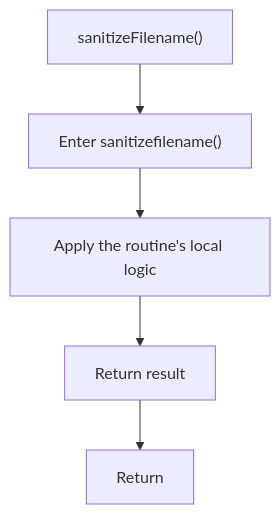
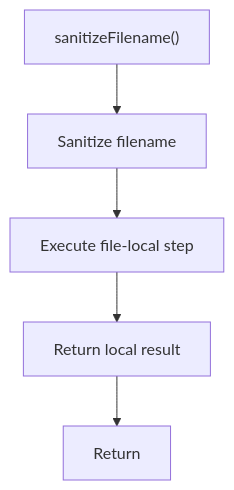
One commit to JohnAndrewBalbarosa/NeoTerritory changed the second of 3 diagrams in docs/Codebase/Backend/src/utils/fileUtils.js.md. Above: the diagram before and after it, drawn with Mermaid. The commit also changed other lines of this file and 925 other files, not shown here.

````diff
--- a/docs/Codebase/Backend/src/utils/fileUtils.js.md
+++ b/docs/Codebase/Backend/src/utils/fileUtils.js.md
@@ -73,12 +72,12 @@
 ```mermaid
 flowchart TD
     Start["sanitizeFilename()"]
-    N0["Enter sanitizefilename()"]
-    N1["Apply the routine's local logic"]
-    N2["Return result"]
+    N0["Sanitize filename"]
+    N1["Execute file-local step"]
+    N2["Return local result"]
     End["Return"]
     Start --> N0
     N0 --> N1
     N1 --> N2
     N2 --> End
 ```
````
